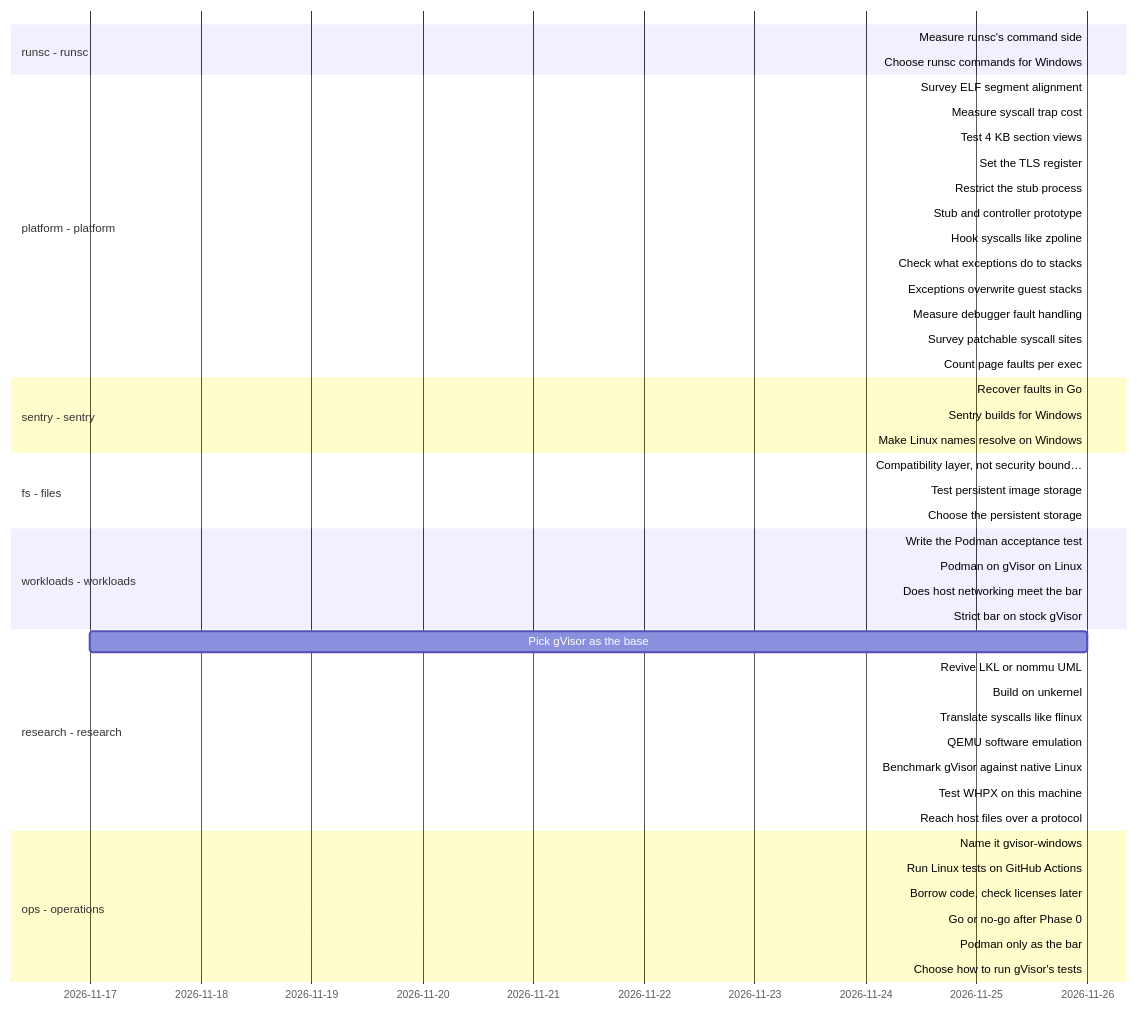
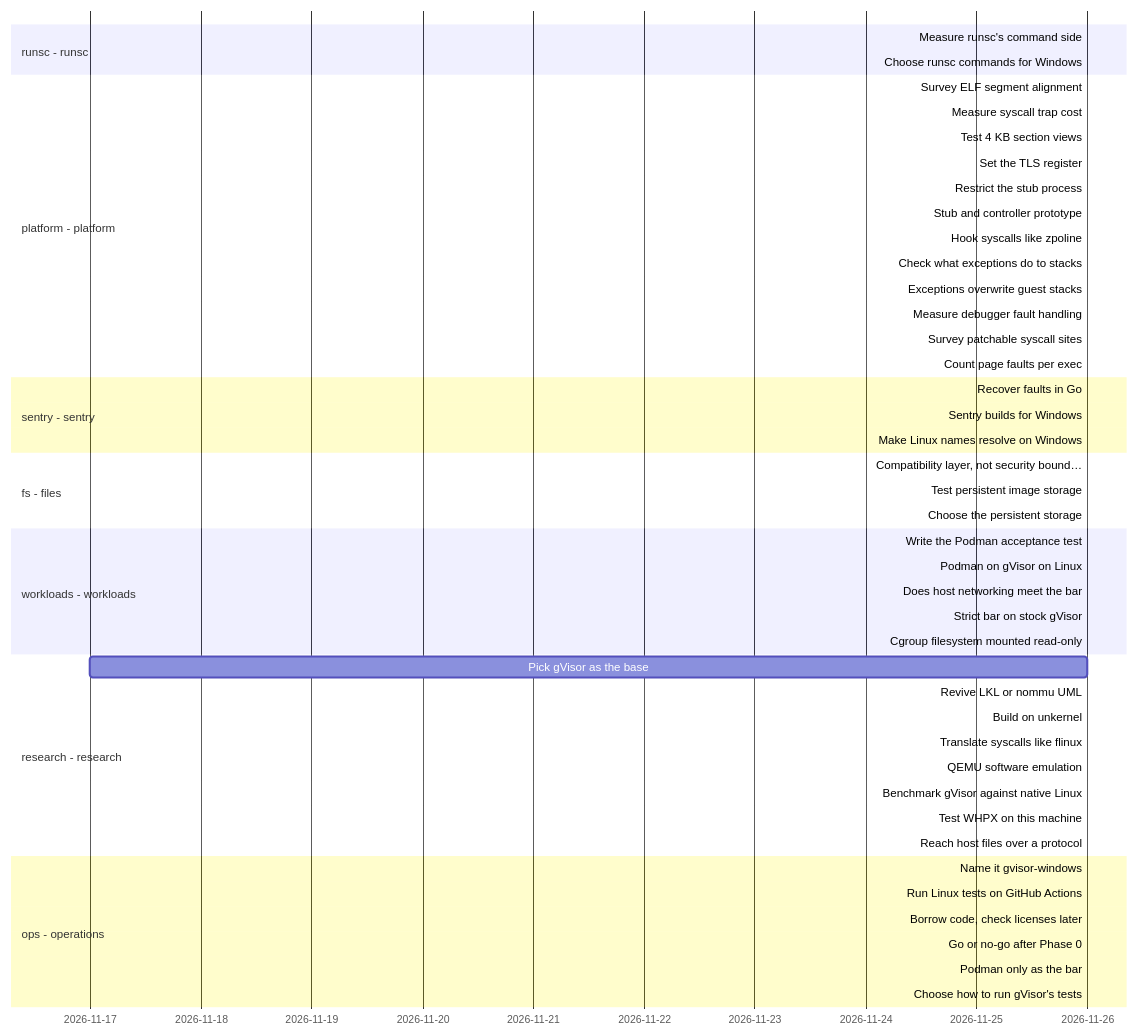
One commit to lhns/gvisor-windows changed the diagram in docs/roadmap/timeline.md. Above: the diagram before and after it, drawn with Mermaid. The commit also changed 4 other files, not shown here.

First line of the commit message:
Record the gVisor gaps behind the strict bar

````diff
--- a/docs/roadmap/timeline.md
+++ b/docs/roadmap/timeline.md
@@ -10,50 +10,51 @@
 ```mermaid
 gantt
     dateFormat YYYY-MM-DD
     axisFormat %Y-%m-%d
     section runsc - runsc
     Measure runsc's command side :runsc_measure_cli, 2026-11-26, 2026-11-26
     Choose runsc commands for Windows :runsc_windows_commands, 2026-11-26, 2026-11-26
     section platform - platform
     Survey ELF segment alignment :platform_elf_alignment_survey, 2026-11-26, 2026-11-26
     Measure syscall trap cost :platform_trap_cost, 2026-11-26, 2026-11-26
     Test 4 KB section views :platform_4k_section_views, 2026-11-26, 2026-11-26
     Set the TLS register :platform_tls_register, 2026-11-26, 2026-11-26
     Restrict the stub process :platform_restricted_stub, 2026-11-26, 2026-11-26
     Stub and controller prototype :active, platform_stub_controller, 2026-11-26, 2026-11-26
     Hook syscalls like zpoline :crit, platform_zpoline_hooks, 2026-11-26, 2026-11-26
     Check what exceptions do to stacks :platform_exception_stack, 2026-11-26, 2026-11-26
     Exceptions overwrite guest stacks :platform_veh_on_guest_stack_unsafe, 2026-11-26, 2026-11-26
     Measure debugger fault handling :platform_debug_event_cost, 2026-11-26, 2026-11-26
     Survey patchable syscall sites :platform_syscall_site_survey, 2026-11-26, 2026-11-26
     Count page faults per exec :platform_faults_per_exec, 2026-11-26, 2026-11-26
     section sentry - sentry
     Recover faults in Go :sentry_go_fault_recovery, 2026-11-26, 2026-11-26
     Sentry builds for Windows :active, sentry_windows_build, 2026-11-26, 2026-11-26
     Make Linux names resolve on Windows :sentry_unix_shim, 2026-11-26, 2026-11-26
     section fs - files
     Compatibility layer, not security bound… :fs_compat_layer_not_boundary, 2026-11-26, 2026-11-26
     Test persistent image storage :fs_persistent_image_storage, 2026-11-26, 2026-11-26
     Choose the persistent storage :fs_persistent_storage_choice, 2026-11-26, 2026-11-26
     section workloads - workloads
     Write the Podman acceptance test :workloads_acceptance_test, 2026-11-26, 2026-11-26
     Podman on gVisor on Linux :workloads_podman_on_gvisor_linux, 2026-11-26, 2026-11-26
     Does host networking meet the bar :workloads_bar_host_network, 2026-11-26, 2026-11-26
-    Strict bar on stock gVisor :active, workloads_strict_bar_linux, 2026-11-26, 2026-11-26
+    Strict bar on stock gVisor :workloads_strict_bar_linux, 2026-11-26, 2026-11-26
+    Cgroup filesystem mounted read-only :workloads_gvisor_cgroupfs_readonly, 2026-11-26, 2026-11-26
     section research - research
     Pick gVisor as the base :research_gvisor_base, 2026-11-17, 2026-11-26
     Revive LKL or nommu UML :crit, research_lkl_nommu, 2026-11-26, 2026-11-26
     Build on unkernel :crit, research_unkernel, 2026-11-26, 2026-11-26
     Translate syscalls like flinux :crit, research_flinux_translation, 2026-11-26, 2026-11-26
     QEMU software emulation :crit, research_qemu_emulation, 2026-11-26, 2026-11-26
     Benchmark gVisor against native Linux :research_gvisor_benchmark, 2026-11-26, 2026-11-26
     Test WHPX on this machine :crit, research_whpx_this_machine, 2026-11-26, 2026-11-26
     Reach host files over a protocol :crit, research_file_protocol, 2026-11-26, 2026-11-26
     section ops - operations
     Name it gvisor-windows :ops_name_and_fork, 2026-11-26, 2026-11-26
     Run Linux tests on GitHub Actions :ops_linux_tests_on_actions, 2026-11-26, 2026-11-26
     Borrow code, check licenses later :ops_borrow_code, 2026-11-26, 2026-11-26
     Go or no-go after Phase 0 :ops_phase0_go_no_go, 2026-11-26, 2026-11-26
     Podman only as the bar :ops_podman_only_the_bar, 2026-11-26, 2026-11-26
     Choose how to run gVisor's tests :ops_syscall_test_strategy, 2026-11-26, 2026-11-26
 ```
````
